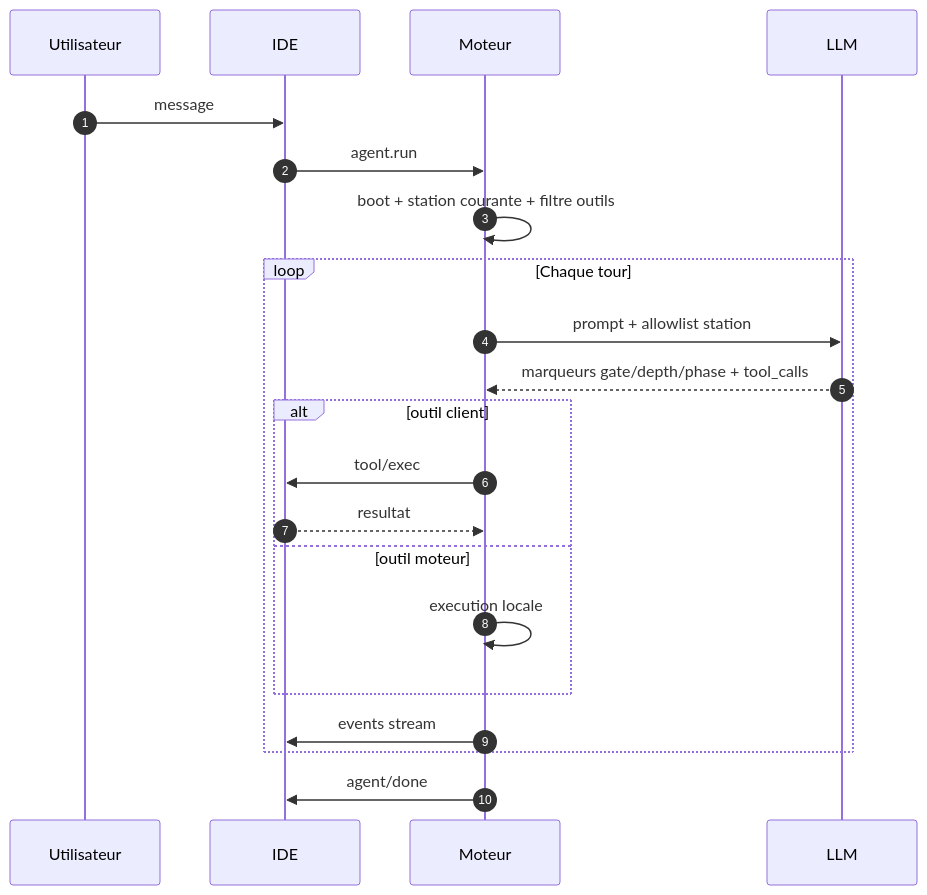
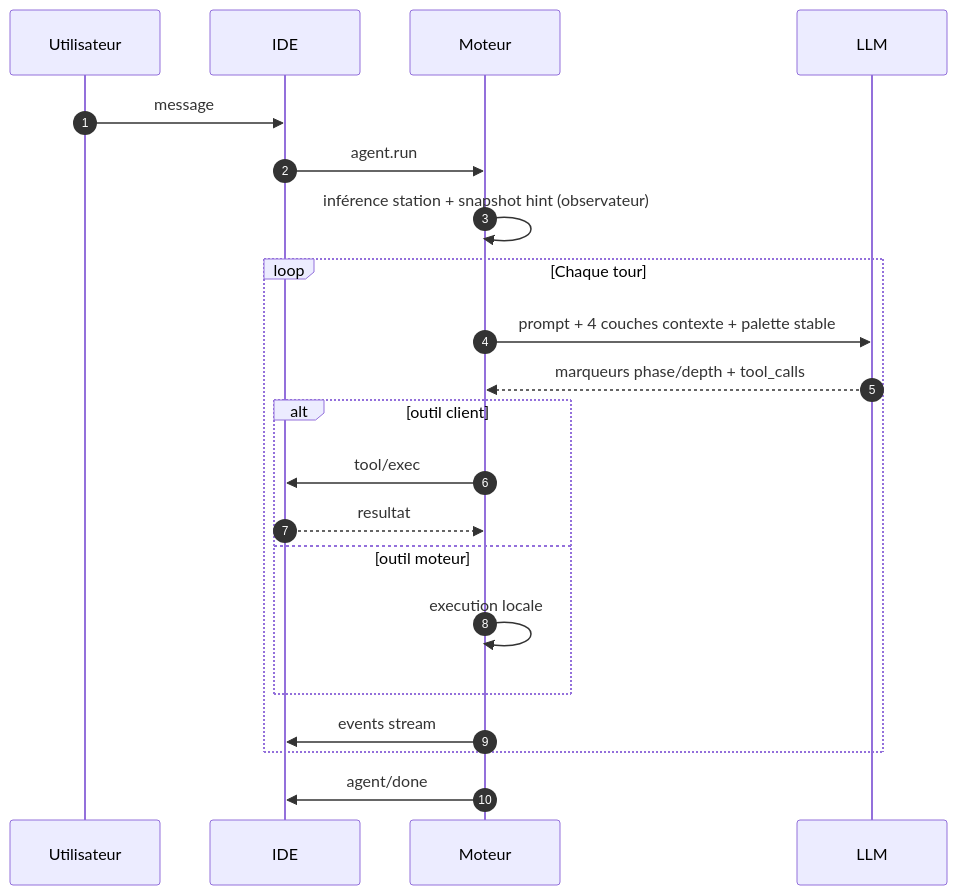
One commit to DroxKiwi/Drox---IDE---OR changed the sixth of 13 diagrams in README.md. Above: the diagram before and after it, drawn with Mermaid. The commit also changed other lines of this file and 3 other files, not shown here.

````diff
--- a/README.md
+++ b/README.md
@@ -181,24 +181,24 @@
 ```mermaid
 sequenceDiagram
   autonumber
   participant U as Utilisateur
   participant IDE as IDE
   participant M as Moteur
   participant L as LLM
 
   U->>IDE: message
   IDE->>M: agent.run
-  M->>M: boot + station courante + filtre outils
+  M->>M: inférence station + snapshot hint (observateur)
   loop Chaque tour
-    M->>L: prompt + allowlist station
-    L-->>M: marqueurs gate/depth/phase + tool_calls
+    M->>L: prompt + 4 couches contexte + palette stable
+    L-->>M: marqueurs phase/depth + tool_calls
     alt outil client
       M->>IDE: tool/exec
       IDE-->>M: resultat
     else outil moteur
       M->>M: execution locale
     end
     M->>IDE: events stream
   end
   M->>IDE: agent/done
 ```
````
